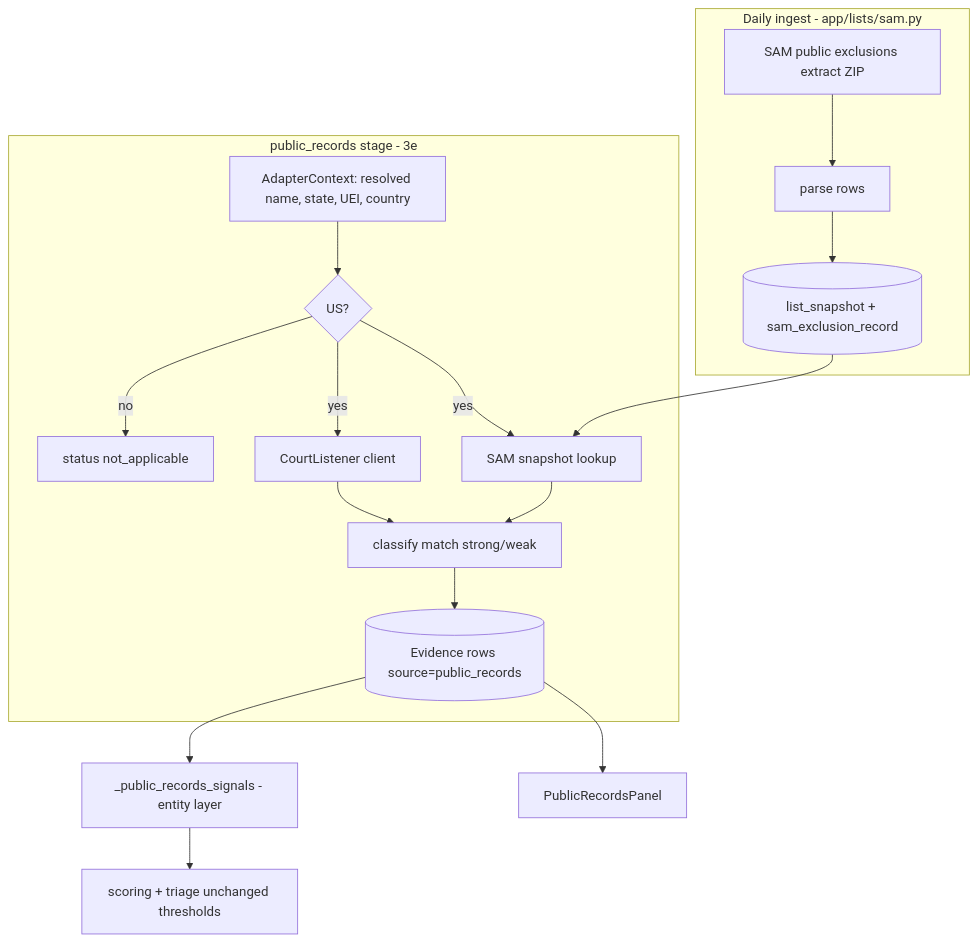
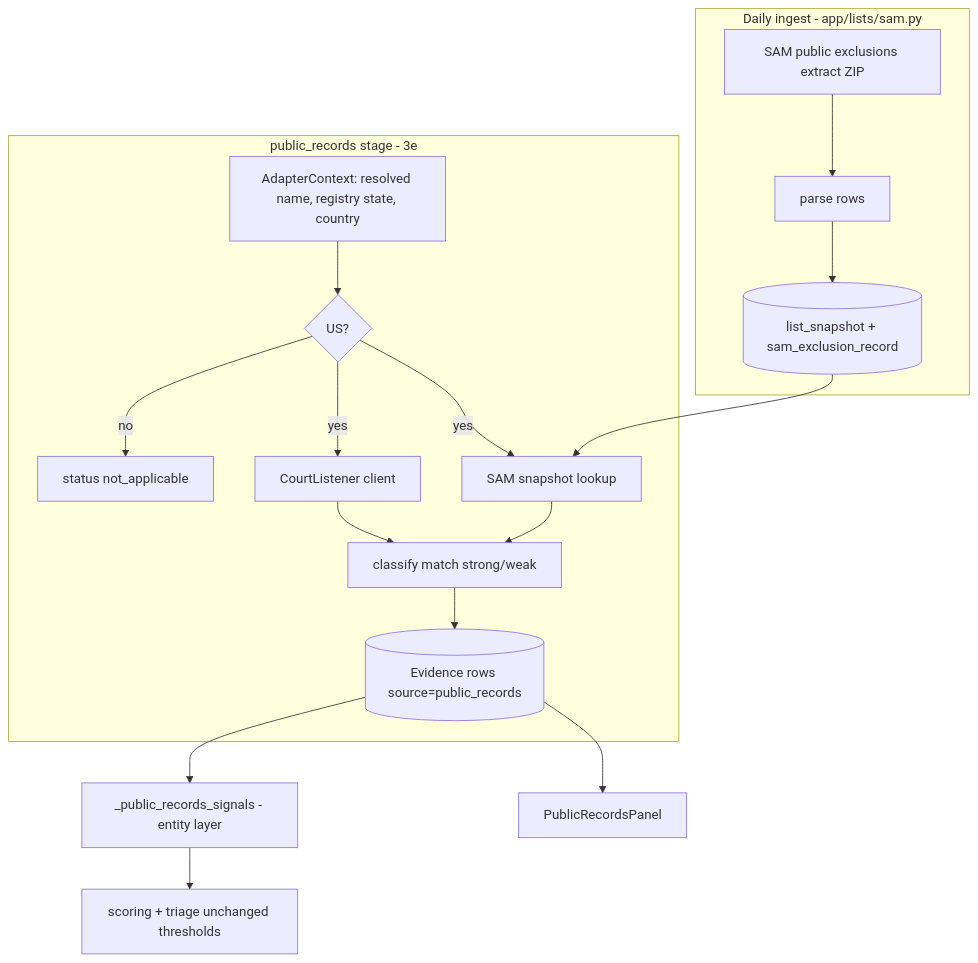
One commit to jwolberg/entityiq changed the diagram in docs/plans/2026-10-16-001-feat-public-records-sources-plan.md. Above: the diagram before and after it, drawn with Mermaid. The commit also changed other lines of this file and 1 other file, not shown here.

````diff
--- a/docs/plans/2026-10-16-001-feat-public-records-sources-plan.md
+++ b/docs/plans/2026-10-16-001-feat-public-records-sources-plan.md
@@ -94,19 +100,19 @@
 ```mermaid
 flowchart TB
   subgraph Ingest[Daily ingest - app/lists/sam.py]
     X[SAM public exclusions extract ZIP] --> P[parse rows] --> S[(list_snapshot + sam_exclusion_record)]
   end
   subgraph Stage[public_records stage - 3e]
-    C[AdapterContext: resolved name, state, UEI, country] --> G{US?}
+    C[AdapterContext: resolved name, registry state, country] --> G{US?}
     G -->|no| NA[status not_applicable]
     G -->|yes| CL[CourtListener client]
     G -->|yes| SL[SAM snapshot lookup]
     S --> SL
     CL --> M[classify match strong/weak]
     SL --> M
     M --> E[(Evidence rows source=public_records)]
   end
   E --> SIG[_public_records_signals - entity layer]
   SIG --> SC[scoring + triage unchanged thresholds]
   E --> UI[PublicRecordsPanel]
 ```
````
